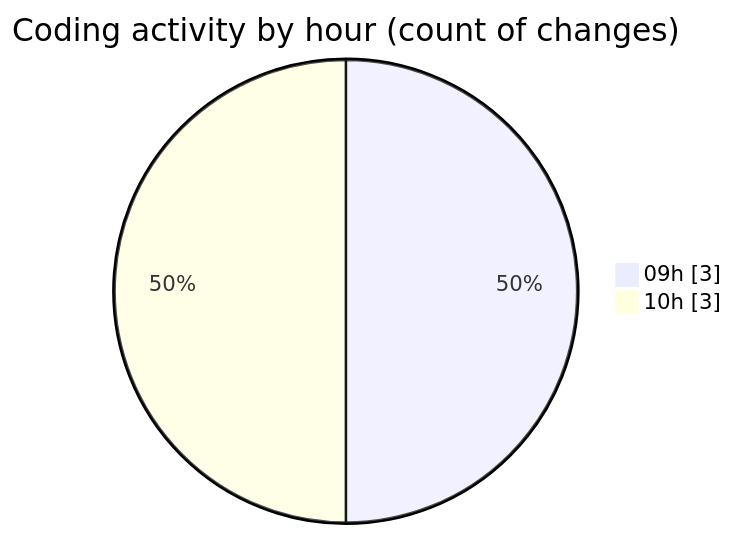
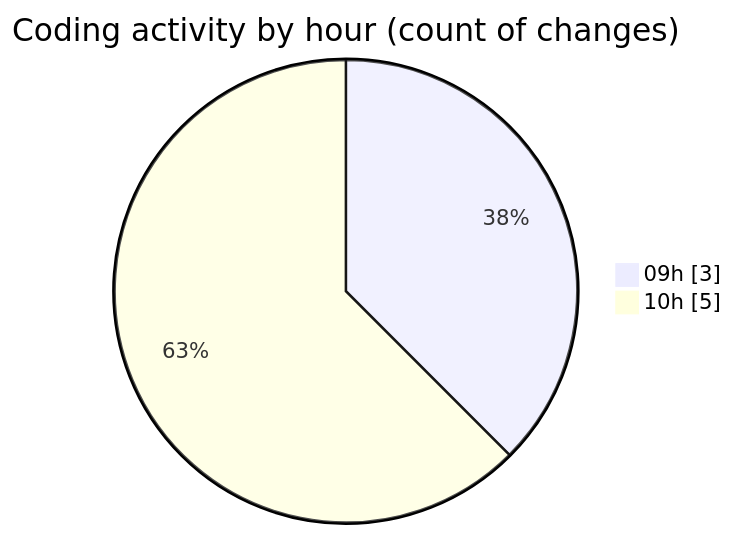
One commit to julien-gomy/code-tracking changed the second of 2 diagrams in 2025-10-28/cdp_aleoudev_fr__workspace_/README.md. Above: the diagram before and after it, drawn with Mermaid. The commit also changed other lines of this file and 1 other file, not shown here.

````diff
--- a/2025-10-28/cdp_aleoudev_fr__workspace_/README.md
+++ b/2025-10-28/cdp_aleoudev_fr__workspace_/README.md
@@ -29,6 +29,6 @@
 ```mermaid
 pie showData
 title Coding activity by hour (count of changes)
 "09h" : 3
-"10h" : 3
+"10h" : 5
 ```
````
